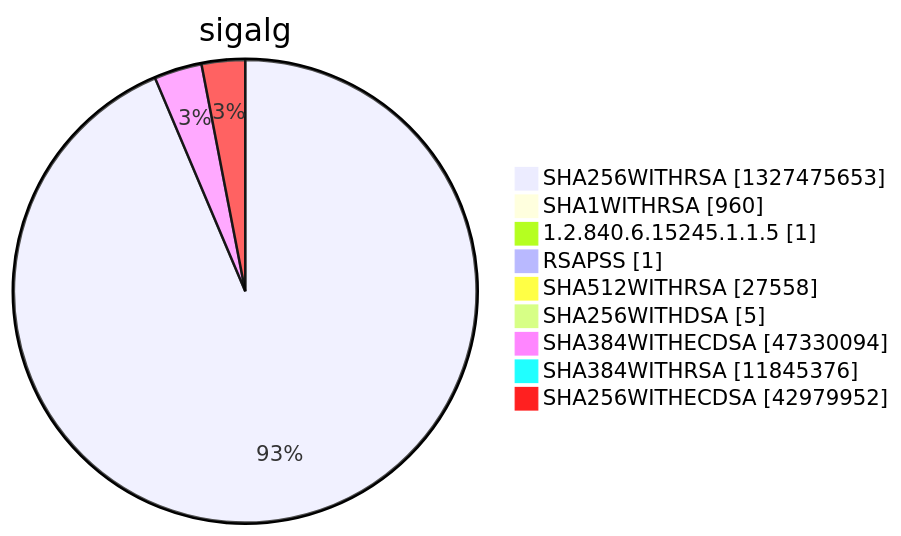
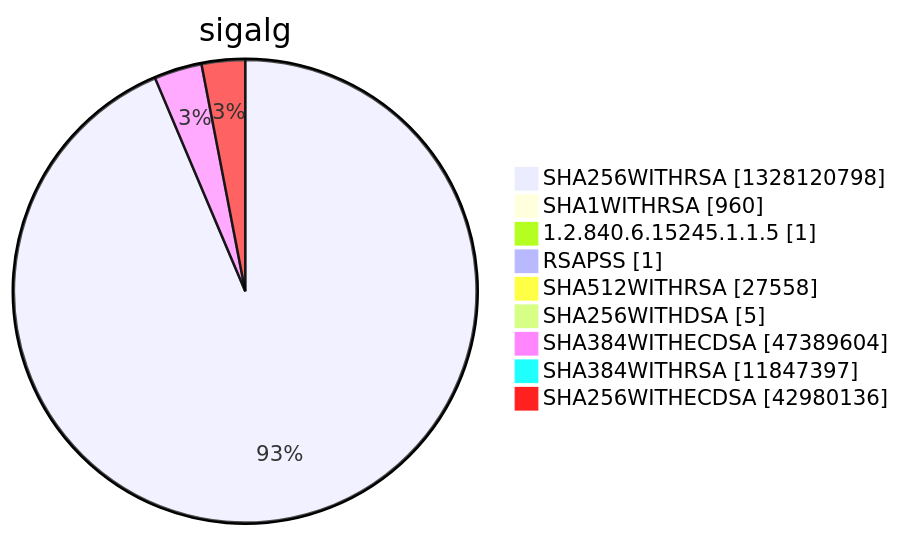
Diagram 15 of 15 in argon2022/README.md (christiankrug/ctmonitor_visualization), drawn with Mermaid before and after one commit. The commit also changed other lines of this file, not shown here.

````diff
--- a/argon2022/README.md
+++ b/argon2022/README.md
@@ -5524,13 +5524,13 @@
 ```mermaid
 pie showData
 title sigalg
-"SHA256WITHRSA" :1327475653
+"SHA256WITHRSA" :1328120798
 "SHA1WITHRSA" :960
 "1.2.840.6.15245.1.1.5" :1
 "RSAPSS" :1
 "SHA512WITHRSA" :27558
 "SHA256WITHDSA" :5
-"SHA384WITHECDSA" :47330094
-"SHA384WITHRSA" :11845376
-"SHA256WITHECDSA" :42979952
+"SHA384WITHECDSA" :47389604
+"SHA384WITHRSA" :11847397
+"SHA256WITHECDSA" :42980136
 ```
````
